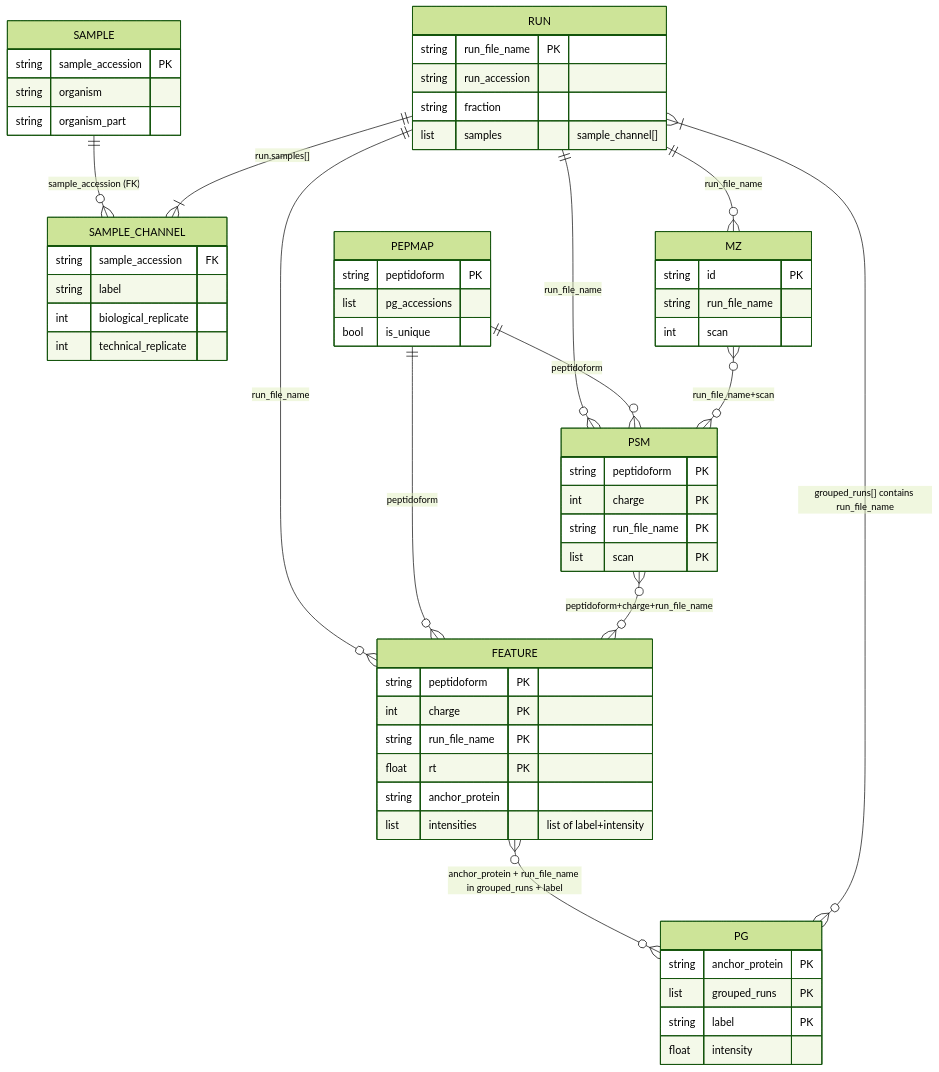
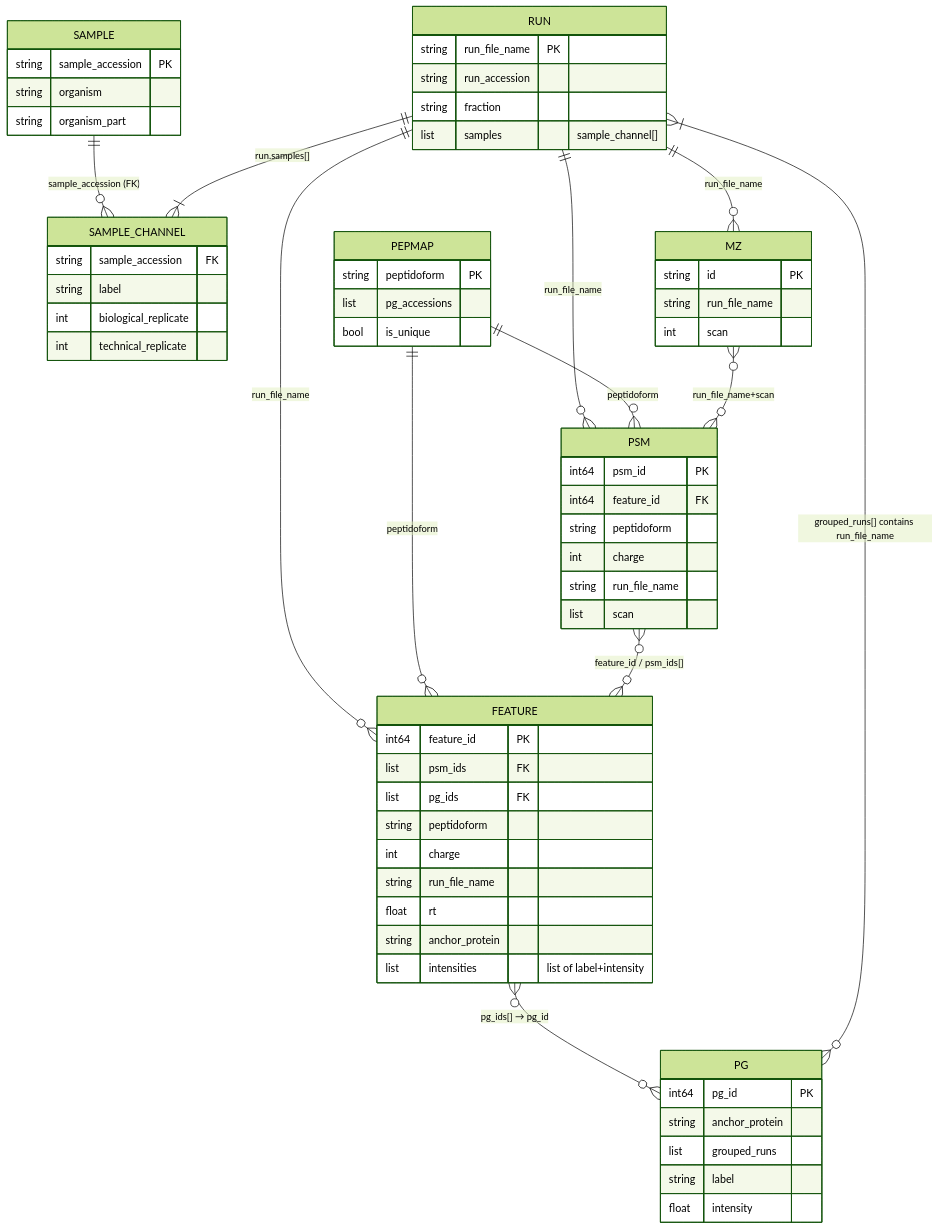
One commit to daichengxin/quantms.io changed the second of 5 diagrams in docs/spec/data-model.md. Above: the diagram before and after it, drawn with Mermaid (forest theme). The commit also changed other lines of this file and 9 other files, not shown here.

Commit message:
docs(schema): align identity keys and cross-references

````diff
--- a/docs/spec/data-model.md
+++ b/docs/spec/data-model.md
@@ -81,62 +85,68 @@
 ```mermaid
 erDiagram
     SAMPLE ||--o{ SAMPLE_CHANNEL : "sample_accession (FK)"
     RUN ||--|{ SAMPLE_CHANNEL : "run.samples[]"
     RUN ||--o{ PSM : "run_file_name"
     RUN ||--o{ FEATURE : "run_file_name"
     RUN ||--o{ MZ : "run_file_name"
     PG }o--|{ RUN : "grouped_runs[] contains run_file_name"
-    FEATURE }o--o{ PG : "anchor_protein + run_file_name in grouped_runs + label"
+    FEATURE }o--o{ PG : "pg_ids[] → pg_id"
     PEPMAP ||--o{ PSM : "peptidoform"
     PEPMAP ||--o{ FEATURE : "peptidoform"
-    PSM }o--o{ FEATURE : "peptidoform+charge+run_file_name"
+    PSM }o--o{ FEATURE : "feature_id / psm_ids[]"
     MZ }o--o{ PSM : "run_file_name+scan"
 
     SAMPLE {
         string sample_accession PK
         string organism
         string organism_part
     }
     RUN {
         string run_file_name PK
         string run_accession
         string fraction
         list samples "sample_channel[]"
     }
     SAMPLE_CHANNEL {
         string sample_accession FK
         string label
         int biological_replicate
         int technical_replicate
     }
     PSM {
-        string peptidoform PK
-        int charge PK
-        string run_file_name PK
-        list scan PK
+        int64 psm_id PK
+        int64 feature_id FK
+        string peptidoform
+        int charge
+        string run_file_name
+        list scan
     }
     FEATURE {
-        string peptidoform PK
-        int charge PK
-        string run_file_name PK
-        float rt PK
+        int64 feature_id PK
+        list psm_ids FK
+        list pg_ids FK
+        string peptidoform
+        int charge
+        string run_file_name
+        float rt
         string anchor_protein
         list intensities "list of label+intensity"
     }
     PG {
-        string anchor_protein PK
-        list grouped_runs PK
-        string label PK
+        int64 pg_id PK
+        string anchor_protein
+        list grouped_runs
+        string label
         float intensity
     }
     PEPMAP {
         string peptidoform PK
         list pg_accessions
         bool is_unique
     }
     MZ {
         string id PK
         string run_file_name
         int scan
     }
 ```
````
